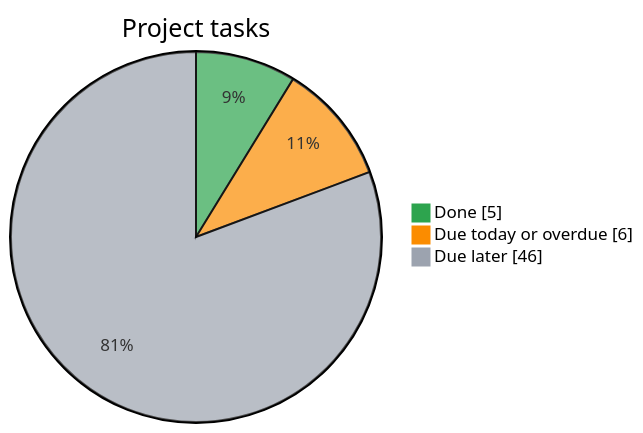
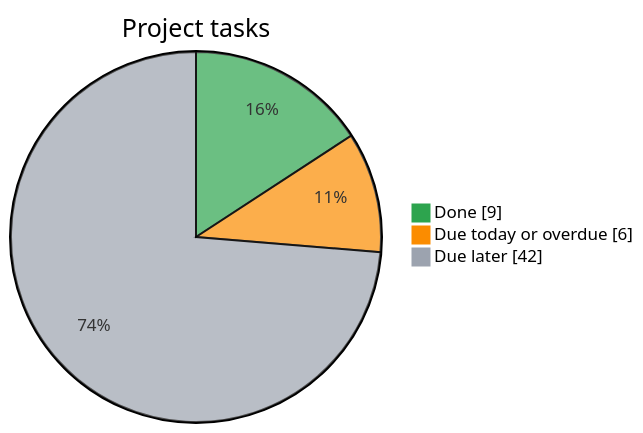
Before and after one commit to Kr1sKros/IKT466-Corporate-Bankruptcy-Predictor: the diagram in README.md, drawn with Mermaid. The commit also changed other lines of this file, not shown here.

Commit message:
docs: refresh task dashboard

````diff
--- a/README.md
+++ b/README.md
@@ -8,8 +8,8 @@
 ```mermaid
 %%{init: {"themeVariables": {"pie1": "#2da44e", "pie2": "#fb8c00", "pie3": "#9ca3af"}}}%%
 pie showData
     title Project tasks
-    "Done" : 5
+    "Done" : 9
     "Due today or overdue" : 6
-    "Due later" : 46
+    "Due later" : 42
 ```
````
